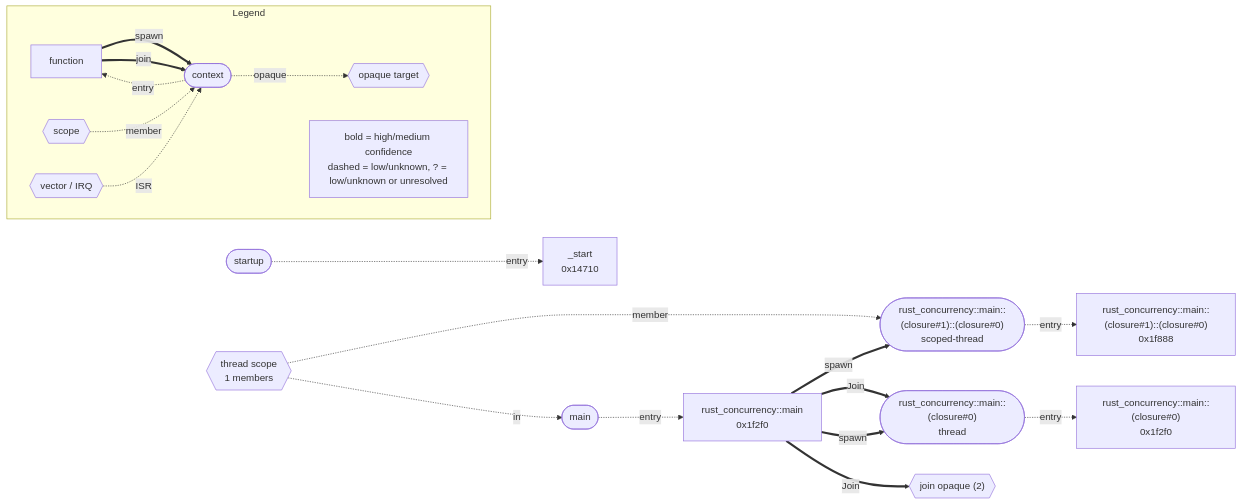
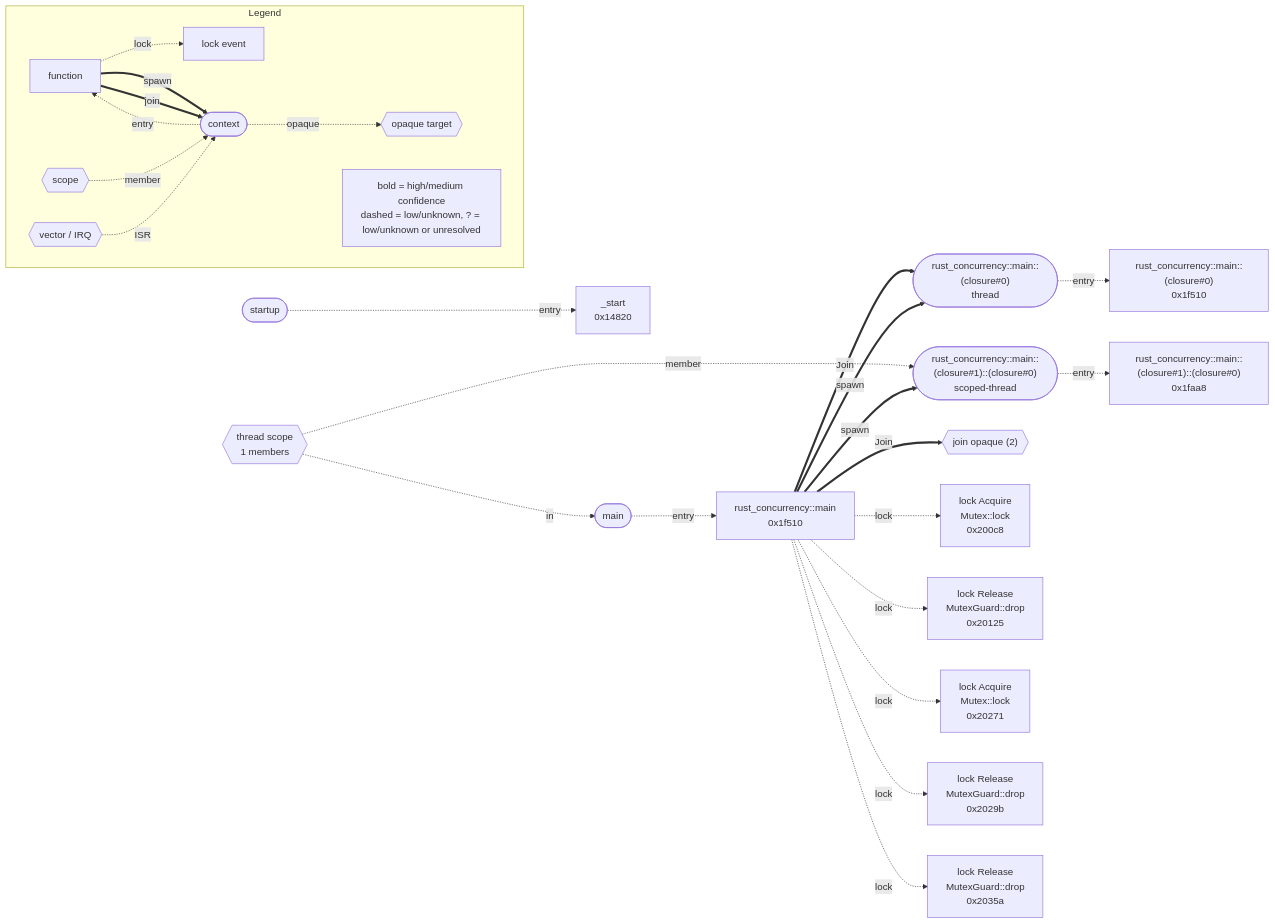
Before and after one commit to kevindadi/elf2tdg: the diagram in examples/rust-concurrency/artifacts/tdg-analysis-concurrency.mmd, drawn with Mermaid. The commit also changed 19 other files, not shown here.

First line of the commit message:
feat(examples): demonstrate inlined Mutex lock semantics

```diff
--- a/examples/rust-concurrency/artifacts/tdg-analysis-concurrency.mmd
+++ b/examples/rust-concurrency/artifacts/tdg-analysis-concurrency.mmd
@@ -1,37 +1,49 @@
 flowchart LR
   %% concurrency projection: call edges are omitted
-  n0["_start<br/>0x14710"]
-  n1["rust_concurrency::main<br/>0x1f2f0"]
-  n2["rust_concurrency::main::(closure#0)<br/>0x1f2f0"]
-  n3["rust_concurrency::main::(closure#1)::(closure#0)<br/>0x1f888"]
+  n0["_start<br/>0x14820"]
+  n1["rust_concurrency::main<br/>0x1f510"]
+  n2["rust_concurrency::main::(closure#0)<br/>0x1f510"]
+  n3["rust_concurrency::main::(closure#1)::(closure#0)<br/>0x1faa8"]
   n4(["main"])
   n5(["rust_concurrency::main::(closure#1)::(closure#0)<br/>scoped-thread"])
   n6(["startup"])
   n7(["rust_concurrency::main::(closure#0)<br/>thread"])
   n8{{"thread scope<br/>1 members"}}
   n8 -.->|in| n4
   n8 -.->|member| n5
   n4 -.->|entry| n1
   n5 -.->|entry| n3
   n6 -.->|entry| n0
   n7 -.->|entry| n2
   n1 ==>|Join| n7
   n9{{"join opaque (2)"}}
   n1 ==>|Join| n9
   n1 ==>|spawn| n7
   n1 ==>|spawn| n5
+  n10["lock Acquire<br/>Mutex::lock<br/>0x200c8"]
+  n1 -.->|lock| n10
+  n11["lock Release<br/>MutexGuard::drop<br/>0x20125"]
+  n1 -.->|lock| n11
+  n12["lock Acquire<br/>Mutex::lock<br/>0x20271"]
+  n1 -.->|lock| n12
+  n13["lock Release<br/>MutexGuard::drop<br/>0x2029b"]
+  n1 -.->|lock| n13
+  n14["lock Release<br/>MutexGuard::drop<br/>0x2035a"]
+  n1 -.->|lock| n14
   subgraph Legend
     direction LR
     legend_function["function"]
     legend_context(["context"])
     legend_scope{{"scope"}}
     legend_opaque{{"opaque target"}}
     legend_vector{{"vector / IRQ"}}
+    legend_lock["lock event"]
+    legend_function -.->|lock| legend_lock
     legend_function ==>|spawn| legend_context
     legend_function ==>|join| legend_context
     legend_context -.->|entry| legend_function
     legend_scope -.->|member| legend_context
     legend_vector -.->|ISR| legend_context
     legend_context -.->|opaque| legend_opaque
     legend_note["bold = high/medium confidence<br/>dashed = low/unknown, ? = low/unknown or unresolved"]
   end
```
